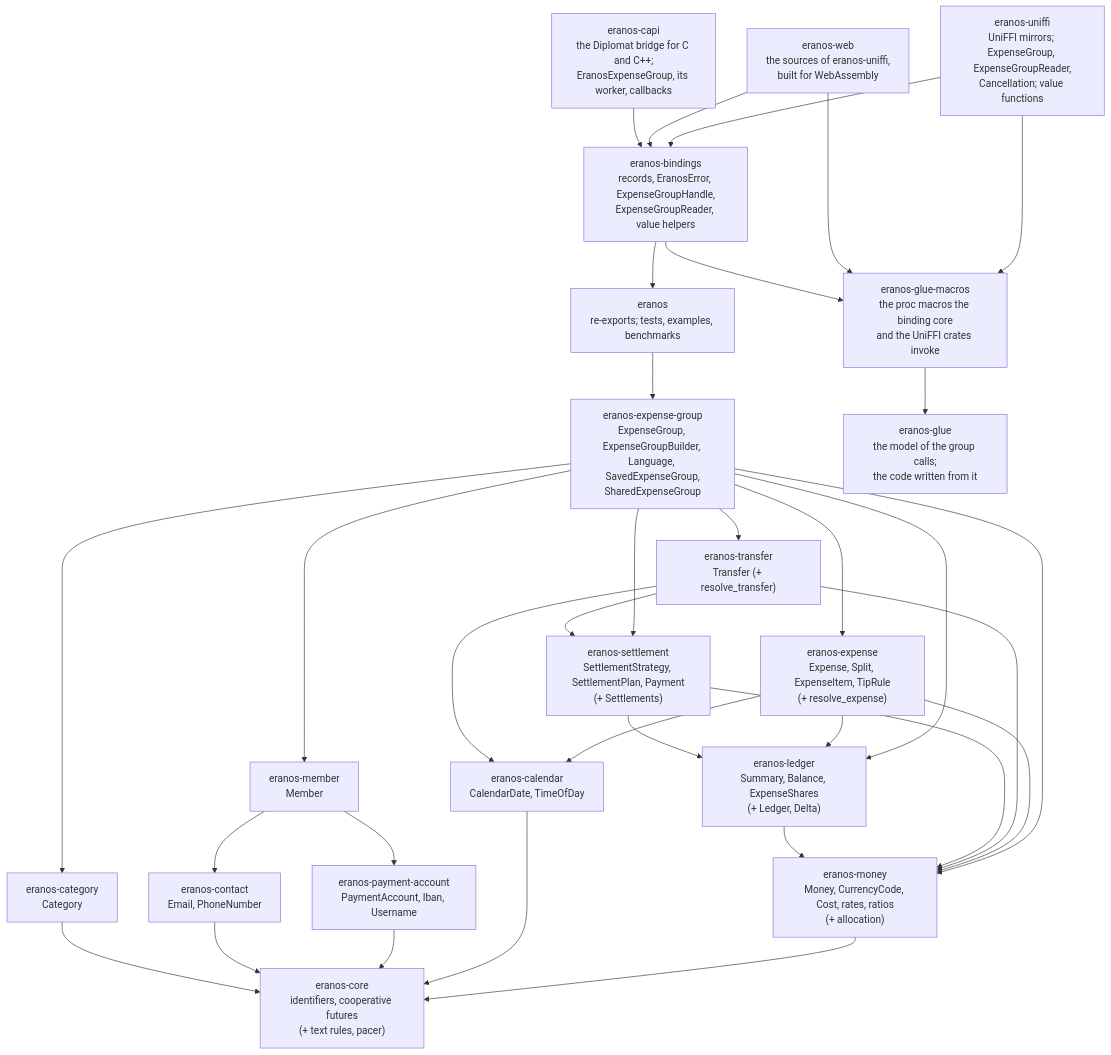
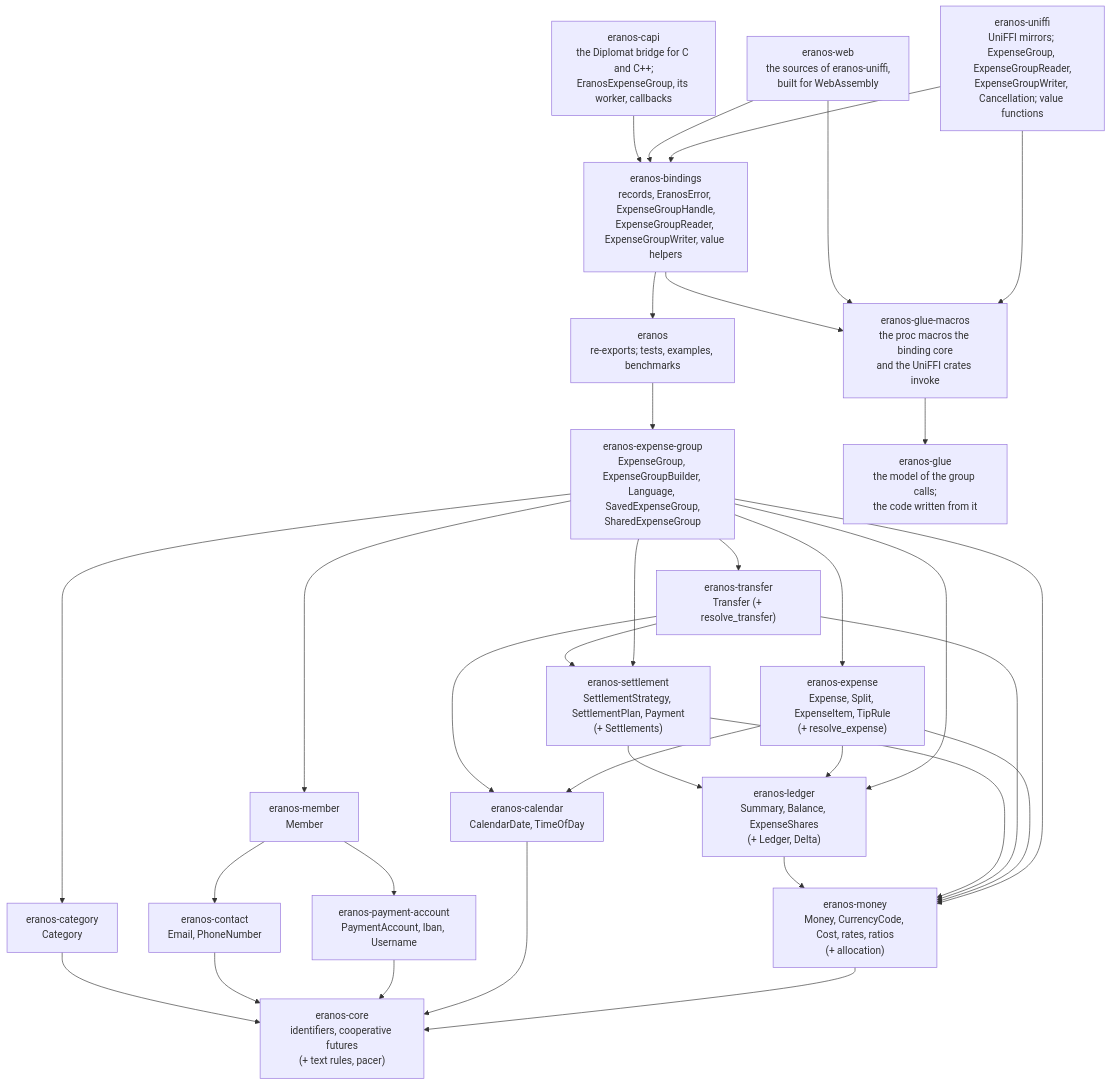
The first of 3 diagrams in docs/ARCHITECTURE.md (cristiancristea00/eranos), drawn with Mermaid before and after one commit. The commit also changed other lines of this file and 62 other files, not shown here.

````diff
--- a/docs/ARCHITECTURE.md
+++ b/docs/ARCHITECTURE.md
@@ -89,54 +89,54 @@
 ```mermaid
 flowchart TD
-    UNIFFI["eranos-uniffi<br/>UniFFI mirrors; ExpenseGroup, ExpenseGroupReader,<br/>Cancellation; value functions"]
+    UNIFFI["eranos-uniffi<br/>UniFFI mirrors; ExpenseGroup, ExpenseGroupReader,<br/>ExpenseGroupWriter, Cancellation; value functions"]
     WEB["eranos-web<br/>the sources of eranos-uniffi,<br/>built for WebAssembly"]
     CAPI["eranos-capi<br/>the Diplomat bridge for C and C++;<br/>EranosExpenseGroup, its worker, callbacks"]
-    BINDINGS["eranos-bindings<br/>records, EranosError, ExpenseGroupHandle,<br/>ExpenseGroupReader, value helpers"]
+    BINDINGS["eranos-bindings<br/>records, EranosError, ExpenseGroupHandle,<br/>ExpenseGroupReader, ExpenseGroupWriter, value helpers"]
     FACADE["eranos<br/>re-exports; tests, examples, benchmarks"]
     EXPENSE_GROUP["eranos-expense-group<br/>ExpenseGroup, ExpenseGroupBuilder, Language, SavedExpenseGroup,<br/>SharedExpenseGroup"]
     EXPENSE["eranos-expense<br/>Expense, Split, ExpenseItem, TipRule<br/>(+ resolve_expense)"]
     TRANSFER["eranos-transfer<br/>Transfer (+ resolve_transfer)"]
     MEMBER["eranos-member<br/>Member"]
     CATEGORY["eranos-category<br/>Category"]
     SETTLEMENT["eranos-settlement<br/>SettlementStrategy, SettlementPlan, Payment<br/>(+ Settlements)"]
     PAYMENT_ACCOUNT["eranos-payment-account<br/>PaymentAccount, Iban, Username"]
     CONTACT["eranos-contact<br/>Email, PhoneNumber"]
     LEDGER["eranos-ledger<br/>Summary, Balance, ExpenseShares<br/>(+ Ledger, Delta)"]
     CALENDAR["eranos-calendar<br/>CalendarDate, TimeOfDay"]
     MONEY["eranos-money<br/>Money, CurrencyCode, Cost, rates, ratios<br/>(+ allocation)"]
     CORE["eranos-core<br/>identifiers, cooperative futures<br/>(+ text rules, pacer)"]
     MACROS["eranos-glue-macros<br/>the proc macros the binding core<br/>and the UniFFI crates invoke"]
     GLUE["eranos-glue<br/>the model of the group calls;<br/>the code written from it"]
     UNIFFI --> BINDINGS
     WEB --> BINDINGS
     UNIFFI --> MACROS
     WEB --> MACROS
     CAPI --> BINDINGS
     BINDINGS --> FACADE
     BINDINGS --> MACROS
     MACROS --> GLUE
     FACADE --> EXPENSE_GROUP
     EXPENSE_GROUP --> EXPENSE
     EXPENSE_GROUP --> TRANSFER
     EXPENSE_GROUP --> MEMBER
     EXPENSE_GROUP --> CATEGORY
     EXPENSE_GROUP --> SETTLEMENT
     EXPENSE_GROUP --> LEDGER
     EXPENSE_GROUP --> MONEY
     EXPENSE --> LEDGER
     EXPENSE --> CALENDAR
     EXPENSE --> MONEY
     TRANSFER --> SETTLEMENT
     TRANSFER --> CALENDAR
     TRANSFER --> MONEY
     MEMBER --> PAYMENT_ACCOUNT
     MEMBER --> CONTACT
     SETTLEMENT --> LEDGER
     SETTLEMENT --> MONEY
     LEDGER --> MONEY
     MONEY --> CORE
     CALENDAR --> CORE
     PAYMENT_ACCOUNT --> CORE
     CONTACT --> CORE
     CATEGORY --> CORE
 ```
````
